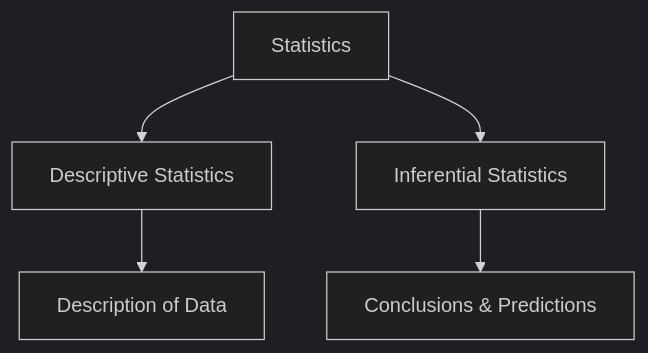
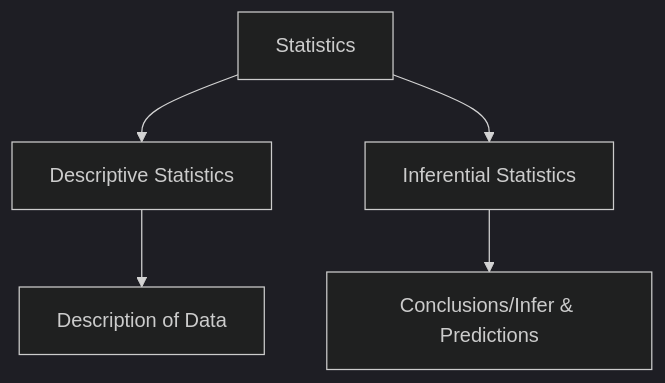
The second of 3 diagrams in SDHub-DS/01-Foundation/notes/Day - 1.md (riyann00b/SDHub-DS), drawn with Mermaid (dark theme) before and after one commit. The commit also changed 4 other files, not shown here.

````diff
--- a/SDHub-DS/01-Foundation/notes/Day - 1.md
+++ b/SDHub-DS/01-Foundation/notes/Day - 1.md
@@ -50,7 +50,7 @@
 ```mermaid
 flowchart TD
     A[Statistics] --> B[Descriptive Statistics]
     A --> C[Inferential Statistics]
     B --> D[Description of Data]
-    C --> E[Conclusions & Predictions]
+    C --> E[Conclusions/Infer & Predictions]
 ```
````
